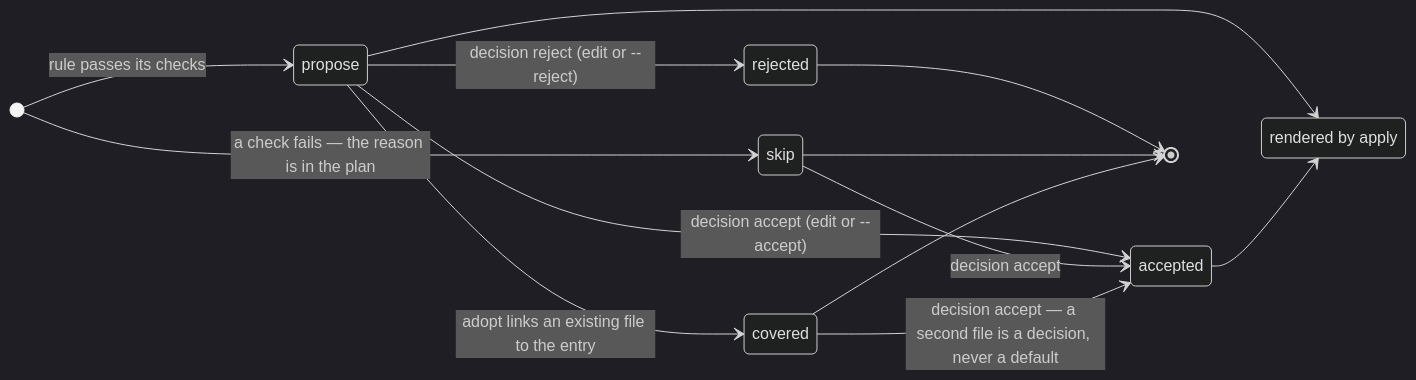
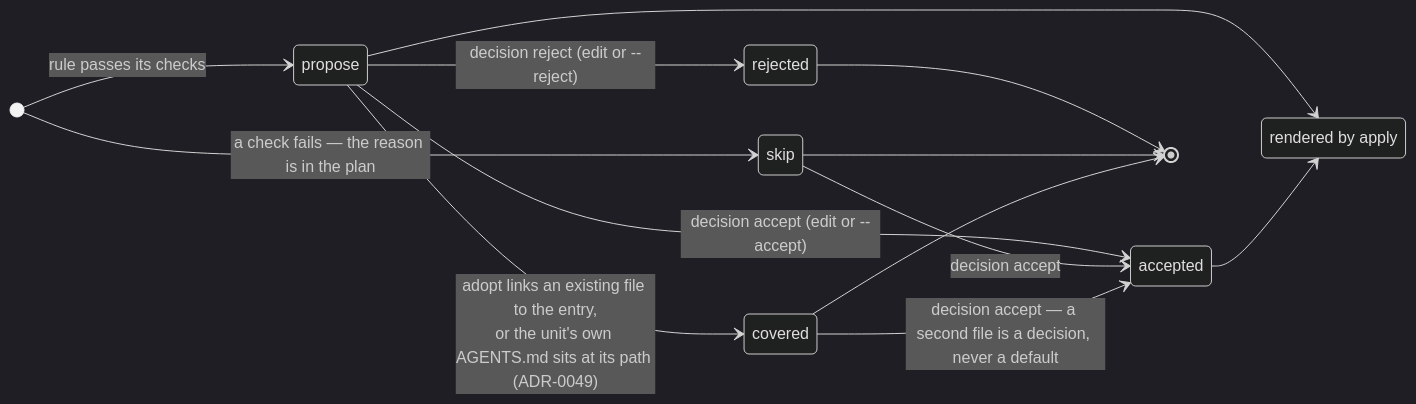
The first of 2 diagrams in docs/architecture/02-plan-rules.md (sherparc/Sherpa), drawn with Mermaid (dark theme) before and after one commit. The commit also changed 29 other files, not shown here.

````diff
--- a/docs/architecture/02-plan-rules.md
+++ b/docs/architecture/02-plan-rules.md
@@ -6,17 +6,17 @@
 ```mermaid
 stateDiagram-v2
     direction LR
     [*] --> propose: rule passes its checks
     [*] --> skip: a check fails — the reason is in the plan
     propose --> accepted: decision accept (edit or --accept)
     propose --> rejected: decision reject (edit or --reject)
     skip --> accepted: decision accept
-    propose --> covered: adopt links an existing file to the entry
+    propose --> covered: adopt links an existing file to the entry,<br/>or the unit's own AGENTS.md sits at its path (ADR-0049)
     covered --> accepted: decision accept — a second file is a decision, never a default
     state "rendered by apply" as rendered
     propose --> rendered
     accepted --> rendered
     rejected --> [*]
     skip --> [*]
     covered --> [*]
 ```
````
